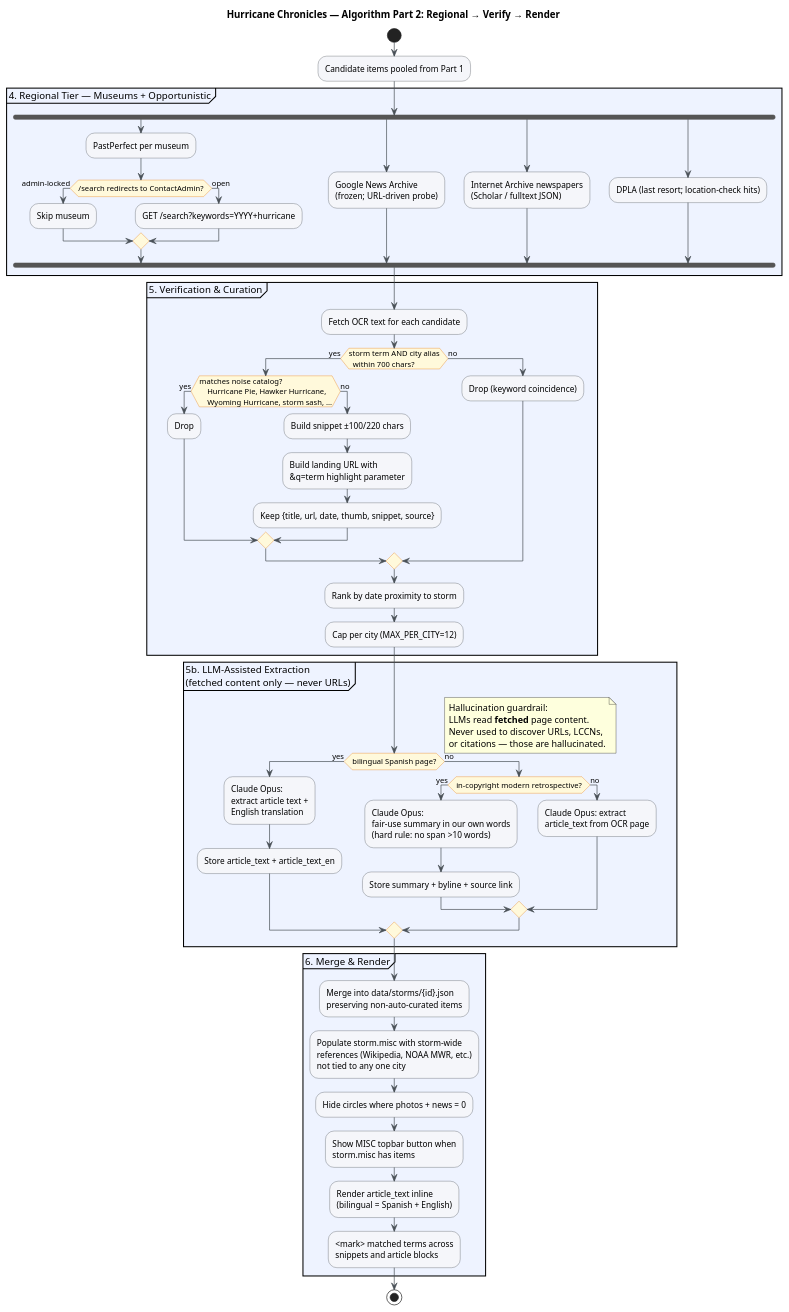
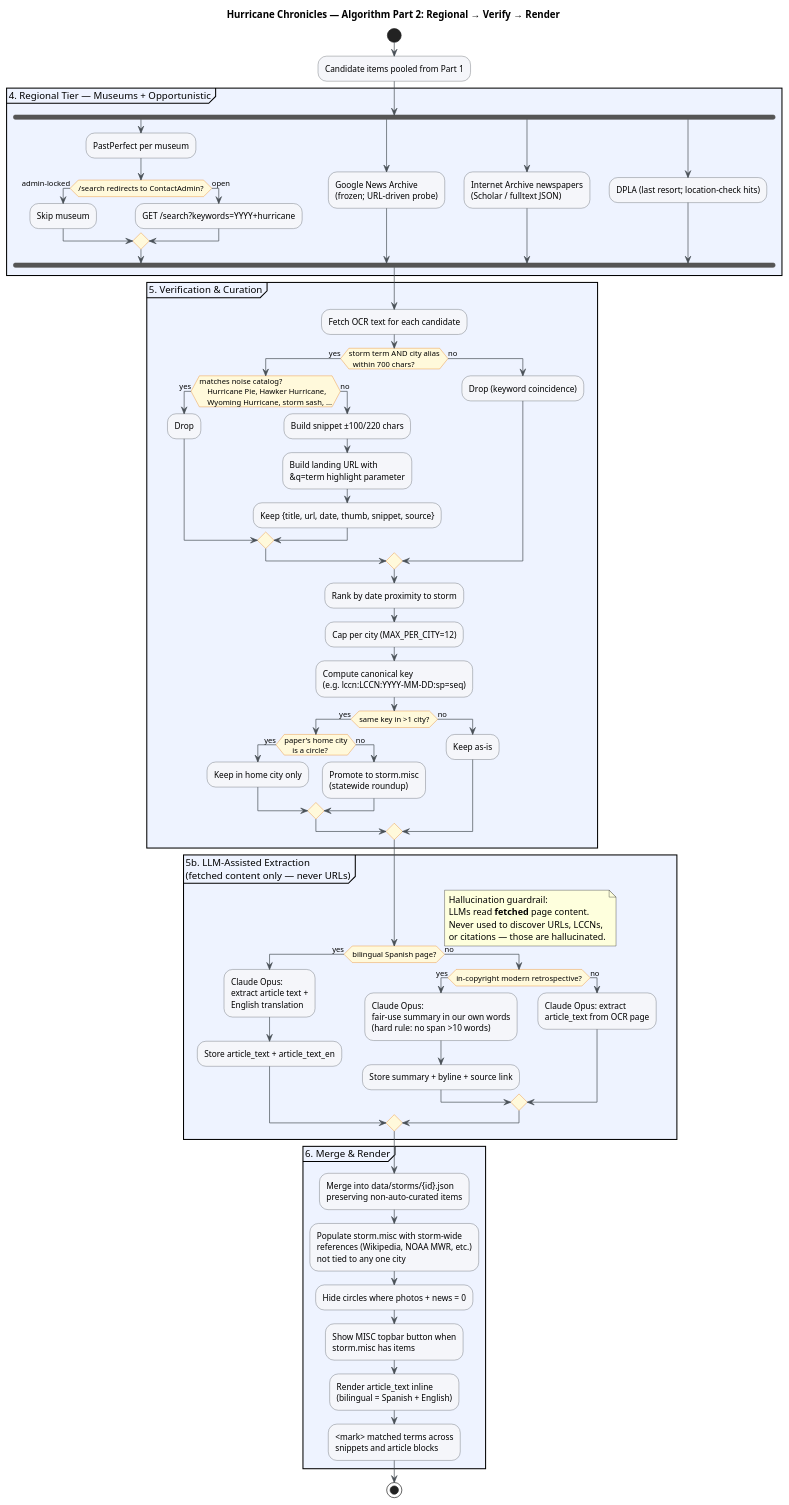
One commit to metaphorz/hurricanechronicles changed the diagram in docs/algorithm_part2.puml. Above: the diagram before and after it, drawn with PlantUML. The commit also changed 3 other files, not shown here.

First line of the commit message:
Document cross-city dedupe + home-paper rule

```diff
--- a/docs/algorithm_part2.puml
+++ b/docs/algorithm_part2.puml
@@ -1,98 +1,111 @@
 @startuml algorithm_part2
 title Hurricane Chronicles — Algorithm Part 2: Regional → Verify → Render
 
 skinparam activityBackgroundColor #f5f6fa
 skinparam activityBorderColor #495057
 skinparam activityDiamondBackgroundColor #fff9db
 skinparam activityDiamondBorderColor #e67700
 skinparam partitionBackgroundColor #eef3ff
 skinparam arrowColor #495057
 skinparam shadowing false
 skinparam defaultFontName Helvetica
 
 start
 :Candidate items pooled from Part 1;
 
 partition "4. Regional Tier — Museums + Opportunistic" {
   fork
     :PastPerfect per museum;
     if (/search redirects to ContactAdmin?) then (admin-locked)
       :Skip museum;
     else (open)
       :GET /search?keywords=YYYY+hurricane;
     endif
   fork again
     :Google News Archive
     (frozen; URL-driven probe);
   fork again
     :Internet Archive newspapers
     (Scholar / fulltext JSON);
   fork again
     :DPLA (last resort; location-check hits);
   end fork
 }
 
 partition "5. Verification & Curation" {
   :Fetch OCR text for each candidate;
   if (storm term AND city alias
   within 700 chars?) then (yes)
     if (matches noise catalog?
     Hurricane Pie, Hawker Hurricane,
     Wyoming Hurricane, storm sash, ...) then (yes)
       :Drop;
     else (no)
       :Build snippet ±100/220 chars;
       :Build landing URL with
       &q=term highlight parameter;
       :Keep {title, url, date, thumb, snippet, source};
     endif
   else (no)
     :Drop (keyword coincidence);
   endif
   :Rank by date proximity to storm;
   :Cap per city (MAX_PER_CITY=12);
+  :Compute canonical key
+  (e.g. lccn:LCCN:YYYY-MM-DD:sp=seq);
+  if (same key in >1 city?) then (yes)
+    if (paper's home city
+    is a circle?) then (yes)
+      :Keep in home city only;
+    else (no)
+      :Promote to storm.misc
+      (statewide roundup);
+    endif
+  else (no)
+    :Keep as-is;
+  endif
 }
 
 partition "5b. LLM-Assisted Extraction\n(fetched content only — never URLs)" {
   if (bilingual Spanish page?) then (yes)
     :Claude Opus:
     extract article text +
     English translation;
     :Store article_text + article_text_en;
   else (no)
     if (in-copyright modern retrospective?) then (yes)
       :Claude Opus:
       fair-use summary in our own words
       (hard rule: no span >10 words);
       :Store summary + byline + source link;
     else (no)
       :Claude Opus: extract
       article_text from OCR page;
     endif
   endif
   note right
     Hallucination guardrail:
     LLMs read **fetched** page content.
     Never used to discover URLs, LCCNs,
     or citations — those are hallucinated.
   end note
 }
 
 partition "6. Merge & Render" {
   :Merge into data/storms/{id}.json
   preserving non-auto-curated items;
   :Populate storm.misc with storm-wide
   references (Wikipedia, NOAA MWR, etc.)
   not tied to any one city;
   :Hide circles where photos + news = 0;
   :Show MISC topbar button when
   storm.misc has items;
   :Render article_text inline
   (bilingual = Spanish + English);
   :<mark> matched terms across
   snippets and article blocks;
 }
 
 stop
 
 @enduml
```
